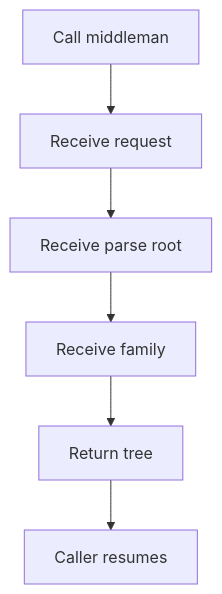
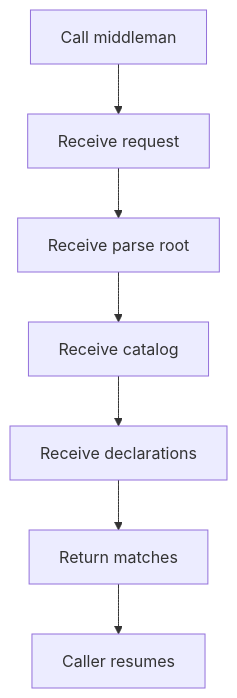
The first of 2 diagrams in docs/Codebase/Microservice/Modules/Source/Analysis/Patterns/Middleman/Contracts/pattern_middleman_contract.cpp.md (JohnAndrewBalbarosa/NeoTerritory), drawn with Mermaid before and after one commit. The commit also changed other lines of this file and 182 other files, not shown here.

````diff
--- a/docs/Codebase/Microservice/Modules/Source/Analysis/Patterns/Middleman/Contracts/pattern_middleman_contract.cpp.md
+++ b/docs/Codebase/Microservice/Modules/Source/Analysis/Patterns/Middleman/Contracts/pattern_middleman_contract.cpp.md
@@ -10,14 +10,16 @@
 ```mermaid
 flowchart TD
     Start["Call middleman"]
     N0["Receive request"]
     N1["Receive parse root"]
-    N2["Receive family"]
-    N3["Return tree"]
+    N2["Receive catalog"]
+    N3["Receive declarations"]
+    N4["Return matches"]
     End["Caller resumes"]
     Start --> N0
     N0 --> N1
     N1 --> N2
     N2 --> N3
-    N3 --> End
+    N3 --> N4
+    N4 --> End
 ```
````
